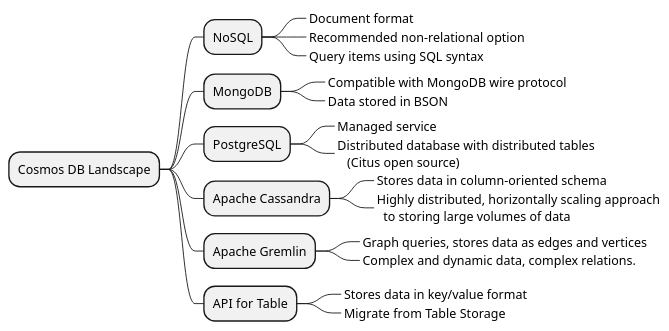
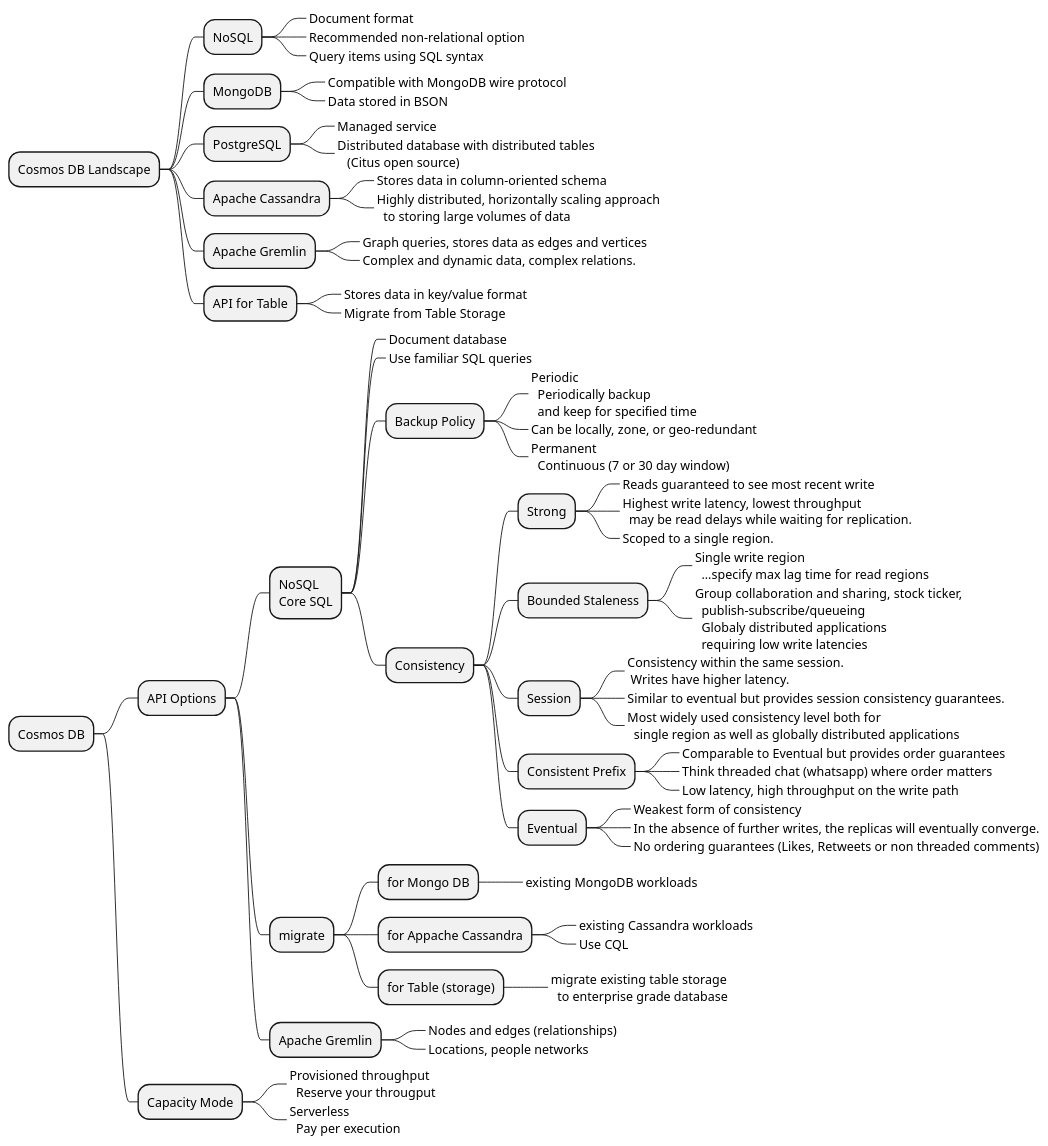
One commit to rob-bl8ke/Az204-Cosmos changed the diagram in Notes/Diagrams/cosmosdb-landscape.plantuml. Above: the diagram before and after it, drawn with PlantUML. The commit also changed 8 other files, not shown here.

```diff
--- a/Notes/Diagrams/cosmosdb-landscape.plantuml
+++ b/Notes/Diagrams/cosmosdb-landscape.plantuml
@@ -1,24 +1,70 @@
 @startmindmap "Cosmos DB Landscape"
 
 + Cosmos DB Landscape
 ++ NoSQL
 +++_ Document format
 +++_ Recommended non-relational option
 +++_ Query items using SQL syntax
 ++ MongoDB
 +++_ Compatible with MongoDB wire protocol
 +++_ Data stored in BSON
 ++ PostgreSQL
 +++_ Managed service
 +++_ Distributed database with distributed tables\n   (Citus open source)
 ++ Apache Cassandra
 +++_ Stores data in column-oriented schema
 +++_ Highly distributed, horizontally scaling approach\n  to storing large volumes of data
 ++ Apache Gremlin
 +++_ Graph queries, stores data as edges and vertices
 +++_ Complex and dynamic data, complex relations.
 ++ API for Table
 +++_ Stores data in key/value format
 +++_ Migrate from Table Storage
 
++ Cosmos DB
+++ API Options
++++ NoSQL\nCore SQL
+++++_ Document database
+++++_ Use familiar SQL queries
+++++ Backup Policy
++++++_ Periodic\n  Periodically backup\n  and keep for specified time
++++++_ Can be locally, zone, or geo-redundant
++++++_ Permanent\n  Continuous (7 or 30 day window)
+++++ Consistency
+
++++++ Strong
+++++++_ Reads guaranteed to see most recent write
+++++++_ Highest write latency, lowest throughput\n  may be read delays while waiting for replication.
+++++++_ Scoped to a single region.
++++++ Bounded Staleness
+++++++_ Single write region\n  ...specify max lag time for read regions
+++++++_ Group collaboration and sharing, stock ticker,\n  publish-subscribe/queueing\n  Globaly distributed applications\n  requiring low write latencies
++++++ Session
+++++++_ Consistency within the same session.\n Writes have higher latency.
+++++++_ Similar to eventual but provides session consistency guarantees.
+++++++_ Most widely used consistency level both for\n  single region as well as globally distributed applications
++++++ Consistent Prefix
+++++++_ Comparable to Eventual but provides order guarantees
+++++++_ Think threaded chat (whatsapp) where order matters
+++++++_ Low latency, high throughput on the write path
++++++ Eventual
+++++++_ Weakest form of consistency
+++++++_ In the absence of further writes, the replicas will eventually converge.
+++++++_ No ordering guarantees (Likes, Retweets or non threaded comments)
+
++++ migrate
+++++ for Mongo DB
++++++_ existing MongoDB workloads
+++++ for Appache Cassandra
++++++_ existing Cassandra workloads
++++++_ Use CQL
+++++ for Table (storage)
++++++_ migrate existing table storage\n  to enterprise grade database
++++ Apache Gremlin
+++++_ Nodes and edges (relationships)
+++++_ Locations, people networks
+++ Capacity Mode
++++_ Provisioned throughput\n  Reserve your througput
++++_ Serverless\n  Pay per execution
+
 @endmindmap
```
